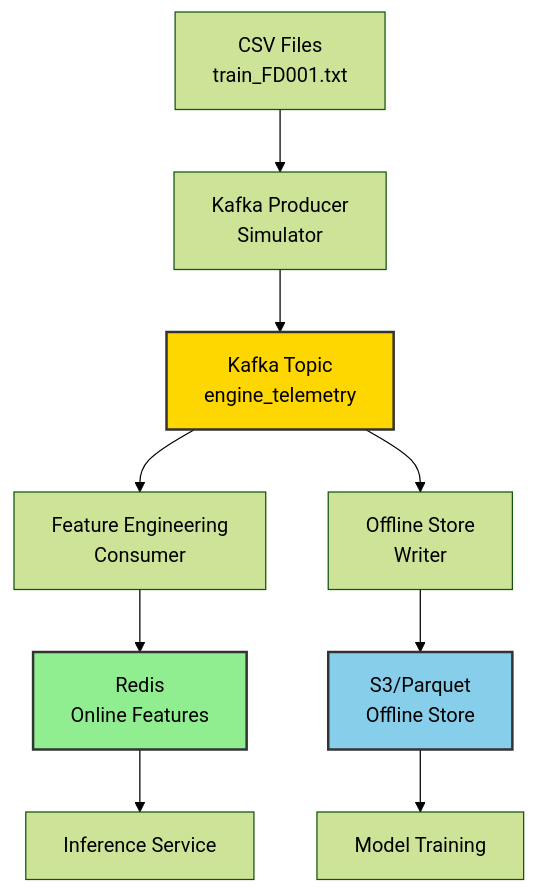
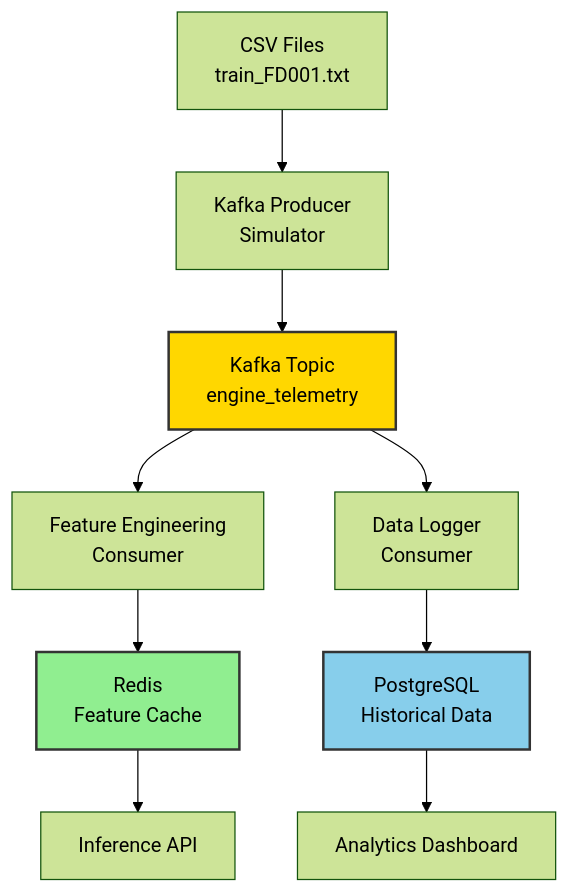
One commit to nasim-raj-laskar/Real-Time-Aircraft-Engine-Predictive-Maintenance-System changed the diagram in docs/06_streaming_pipeline.md. Above: the diagram before and after it, drawn with Mermaid (forest theme). The commit also changed other lines of this file and 6 other files, not shown here.

````diff
--- a/docs/06_streaming_pipeline.md
+++ b/docs/06_streaming_pipeline.md
@@ -7,18 +7,18 @@
 ```mermaid
 flowchart TD
     A[CSV Files<br/>train_FD001.txt] --> B[Kafka Producer<br/>Simulator]
     B --> C[Kafka Topic<br/>engine_telemetry]
     
     C --> D[Feature Engineering<br/>Consumer]
-    C --> E[Offline Store<br/>Writer]
+    C --> E[Data Logger<br/>Consumer]
     
-    D --> F[Redis<br/>Online Features]
-    E --> G[S3/Parquet<br/>Offline Store]
+    D --> F[Redis<br/>Feature Cache]
+    E --> G[PostgreSQL<br/>Historical Data]
     
-    F --> H[Inference Service]
-    G --> I[Model Training]
+    F --> H[Inference API]
+    G --> I[Analytics Dashboard]
     
     style C fill:#FFD700,stroke:#333,stroke-width:2px,color:#000
     style F fill:#90EE90,stroke:#333,stroke-width:2px,color:#000
     style G fill:#87CEEB,stroke:#333,stroke-width:2px,color:#000
 ```
````
